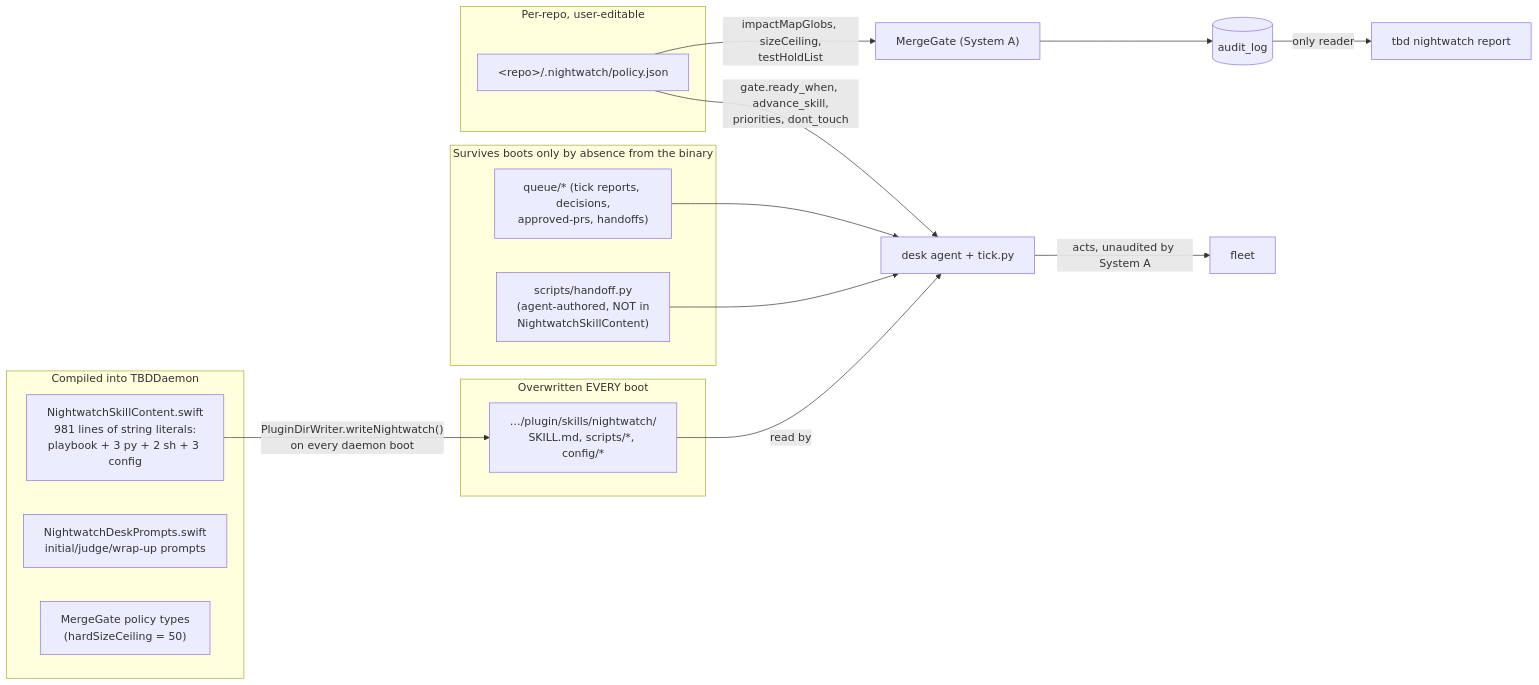
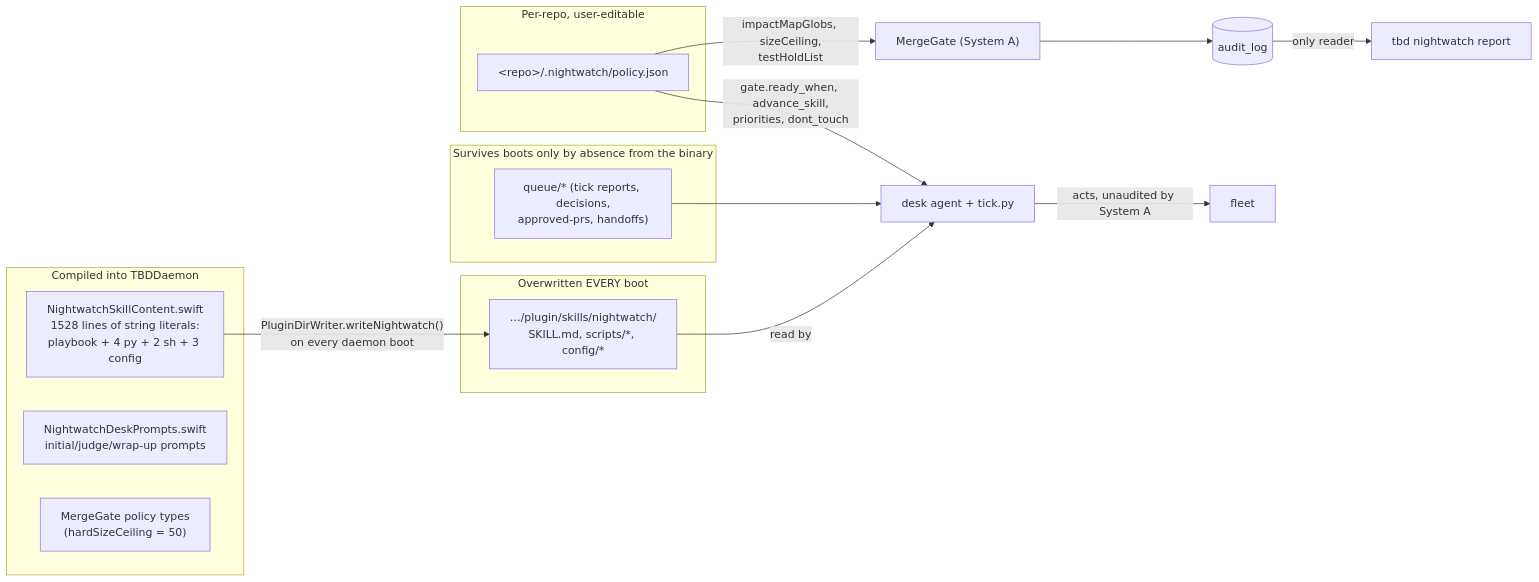
One commit to cheapsteak/tbd changed the fourth of 5 diagrams in docs/nightwatch.md. Above: the diagram before and after it, drawn with Mermaid. The commit also changed other lines of this file, not shown here.

````diff
--- a/docs/nightwatch.md
+++ b/docs/nightwatch.md
@@ -222,31 +231,29 @@
 ```mermaid
 flowchart LR
     subgraph binary["Compiled into TBDDaemon"]
-        nsc["NightwatchSkillContent.swift<br/>981 lines of string literals:<br/>playbook + 3 py + 2 sh + 3 config"]
+        nsc["NightwatchSkillContent.swift<br/>1528 lines of string literals:<br/>playbook + 4 py + 2 sh + 3 config"]
         prompts["NightwatchDeskPrompts.swift<br/>initial/judge/wrap-up prompts"]
         mg["MergeGate policy types<br/>(hardSizeCeiling = 50)"]
     end
 
     subgraph disk["Overwritten EVERY boot"]
         skill["…/plugin/skills/nightwatch/<br/>SKILL.md, scripts/*, config/*"]
     end
 
     subgraph survives["Survives boots only by absence from the binary"]
         queue["queue/* (tick reports, decisions,<br/>approved-prs, handoffs)"]
-        handoff["scripts/handoff.py<br/>(agent-authored, NOT in<br/>NightwatchSkillContent)"]
     end
 
     subgraph perRepo["Per-repo, user-editable"]
         pol["&lt;repo&gt;/.nightwatch/policy.json"]
     end
 
     nsc -->|"PluginDirWriter.writeNightwatch()<br/>on every daemon boot"| skill
     skill -->|"read by"| deskA["desk agent + tick.py"]
     queue --> deskA
-    handoff --> deskA
     pol -->|"impactMapGlobs, sizeCeiling,<br/>testHoldList"| gateA["MergeGate (System A)"]
     pol -->|"gate.ready_when, advance_skill,<br/>priorities, dont_touch"| deskA
     gateA --> auditT[("audit_log")]
     auditT -->|"only reader"| cli["tbd nightwatch report"]
     deskA -->|"acts, unaudited by System A"| fleet2["fleet"]
 ```
````
